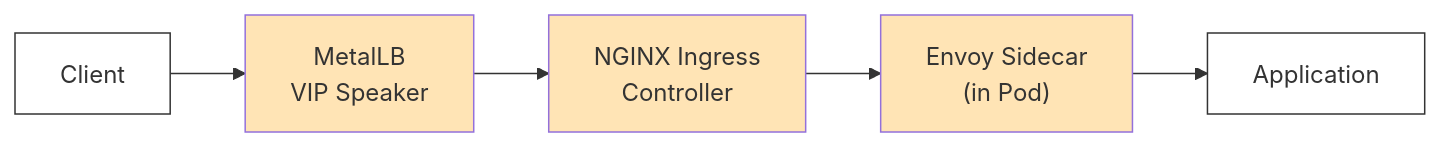
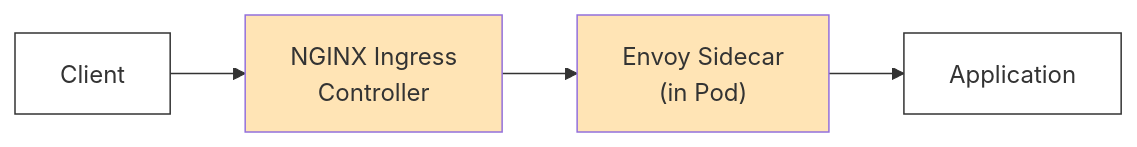
Before and after one commit to azrtydxb/novaedge: the third of 4 diagrams in docs/comparison.md, drawn with Mermaid. The commit also changed other lines of this file and 13 other files, not shown here.

````diff
--- a/docs/comparison.md
+++ b/docs/comparison.md
@@ -190,13 +177,11 @@
 ```mermaid
 flowchart LR
-    CLIENT["Client"] --> METALLB["MetalLB<br/>VIP Speaker"]
-    METALLB --> NGINX["NGINX Ingress<br/>Controller"]
+    CLIENT["Client"] --> NGINX["NGINX Ingress<br/>Controller"]
     NGINX --> ENVOY["Envoy Sidecar<br/>(in Pod)"]
     ENVOY --> APP["Application"]
 
     style CLIENT fill:#FFFFFF,stroke:#333
-    style METALLB fill:#FFE4B5
     style NGINX fill:#FFE4B5
     style ENVOY fill:#FFE4B5
     style APP fill:#FFFFFF,stroke:#333
 ```
````
